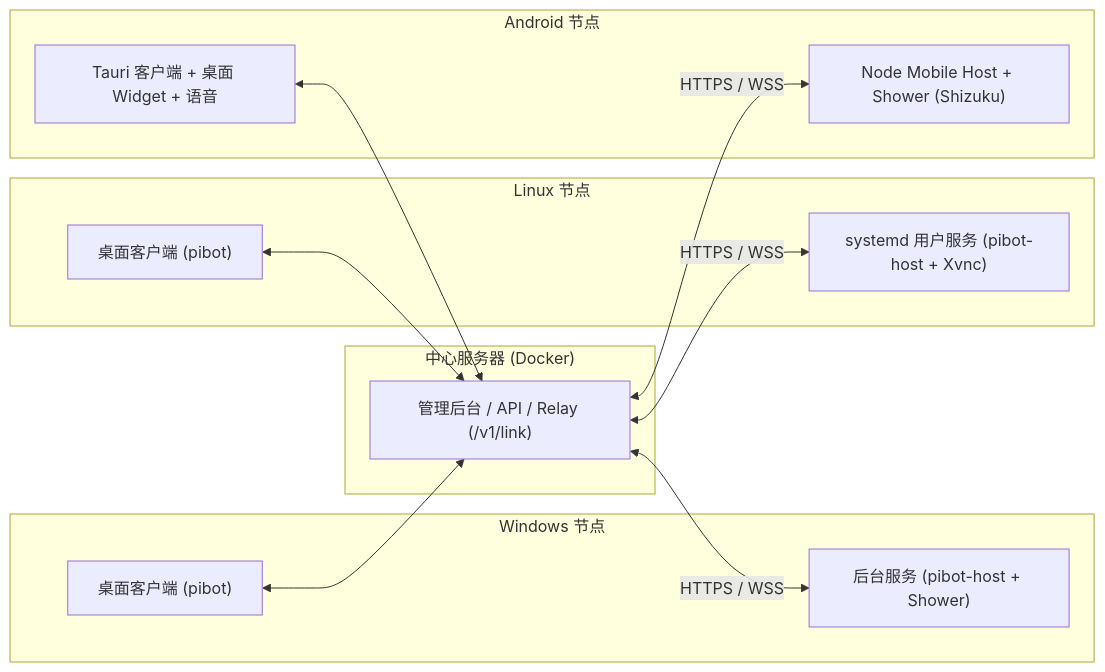
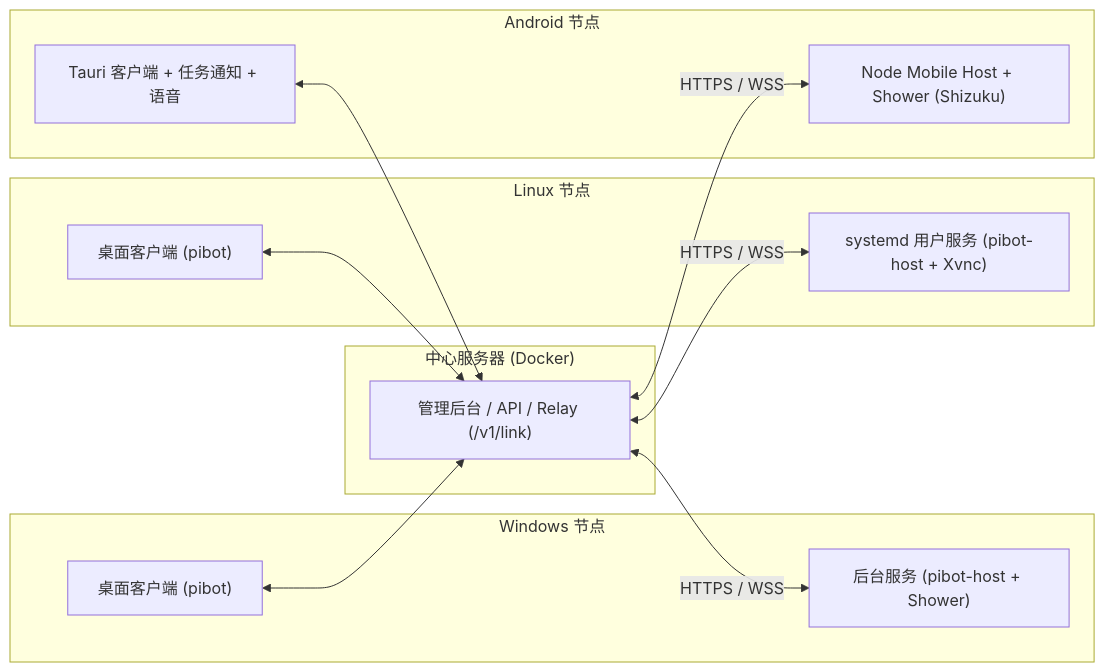
One commit to FireSpoonYZ/PiBot changed the diagram in README.md. Above: the diagram before and after it, drawn with Mermaid. The commit also changed other lines of this file and 127 other files, not shown here.

````diff
--- a/README.md
+++ b/README.md
@@ -20,28 +20,28 @@
 ```mermaid
 flowchart LR
   subgraph Center["中心服务器 (Docker)"]
     CW["管理后台 / API / Relay (/v1/link)"]
   end
 
   subgraph Win["Windows 节点"]
     WC["桌面客户端 (pibot)"]
     WH["后台服务 (pibot-host + Shower)"]
   end
 
   subgraph Lin["Linux 节点"]
     LC["桌面客户端 (pibot)"]
     LH["systemd 用户服务 (pibot-host + Xvnc)"]
   end
 
   subgraph And["Android 节点"]
-    AC["Tauri 客户端 + 桌面 Widget + 语音"]
+    AC["Tauri 客户端 + 任务通知 + 语音"]
     AH["Node Mobile Host + Shower (Shizuku)"]
   end
 
   CW <-->|HTTPS / WSS| WH
   CW <-->|HTTPS / WSS| LH
   CW <-->|HTTPS / WSS| AH
   WC <--> CW
   LC <--> CW
   AC <--> CW
 ```
````
